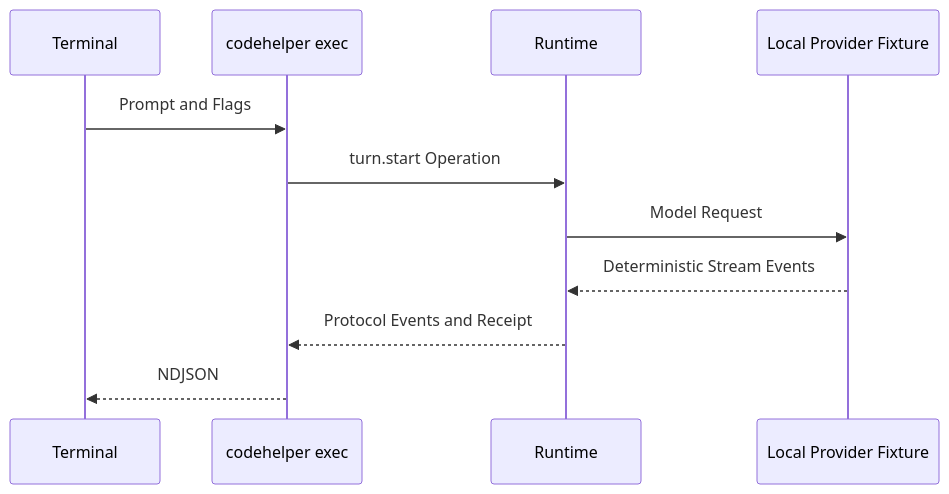
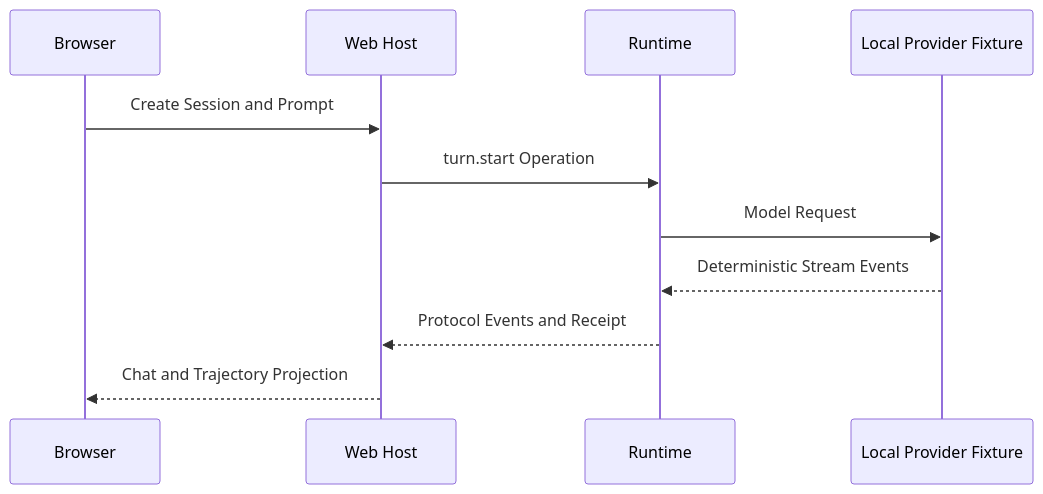
One commit to fwtllh-png/CodeHelper changed the diagram in docs/book/zh-CN/13-hands-on-labs/01-first-agent-turn.md. Above: the diagram before and after it, drawn with Mermaid. The commit also changed other lines of this file and 517 other files, not shown here.

````diff
--- a/docs/book/zh-CN/13-hands-on-labs/01-first-agent-turn.md
+++ b/docs/book/zh-CN/13-hands-on-labs/01-first-agent-turn.md
@@ -56,13 +50,13 @@
 ```mermaid
 sequenceDiagram
-    participant U as Terminal
-    participant C as codehelper exec
+    participant U as Browser
+    participant W as Web Host
     participant R as Runtime
     participant F as Local Provider Fixture
-    U->>C: Prompt and Flags
-    C->>R: turn.start Operation
+    U->>W: Create Session and Prompt
+    W->>R: turn.start Operation
     R->>F: Model Request
     F-->>R: Deterministic Stream Events
-    R-->>C: Protocol Events and Receipt
-    C-->>U: NDJSON
+    R-->>W: Protocol Events and Receipt
+    W-->>U: Chat and Trajectory Projection
 ```
````
